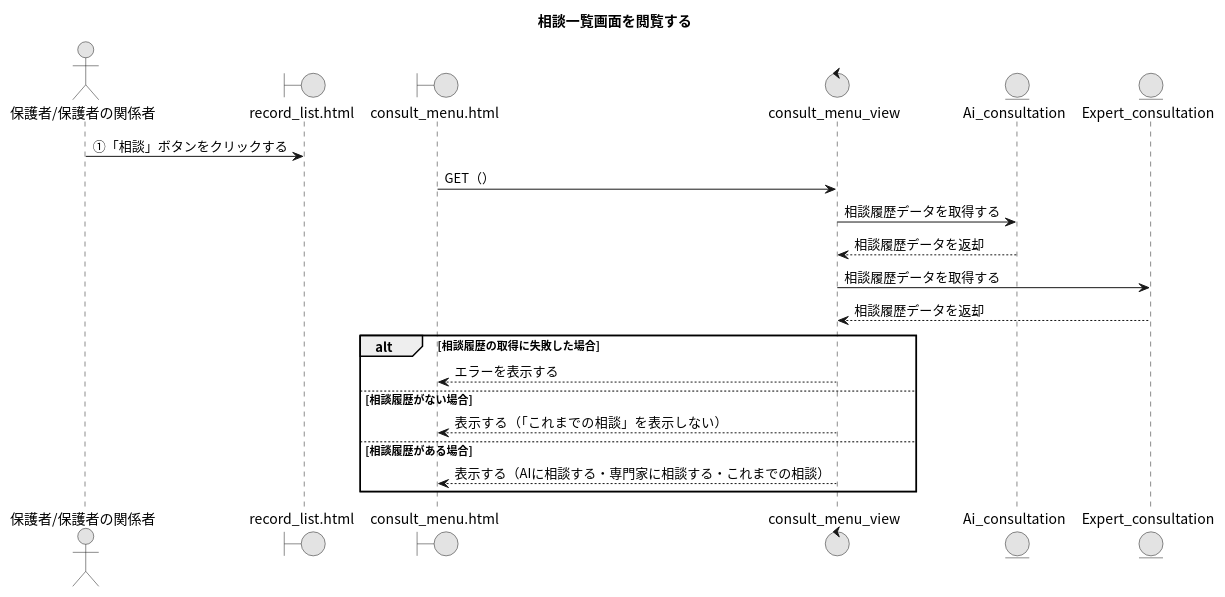
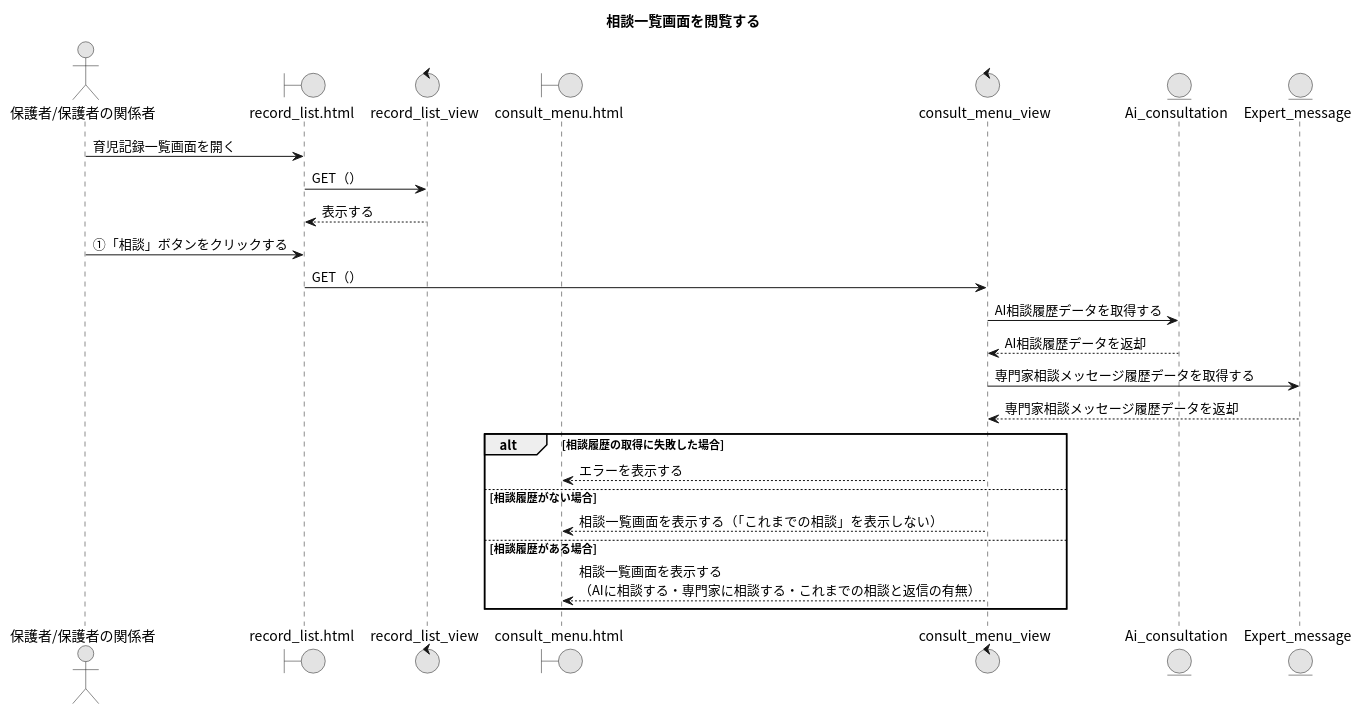
The diagram in 08_相談一覧画面を閲覧する.puml (Ma2naga190330/26_sotugyou_puml), drawn with PlantUML before and after one commit. The commit also changed 5 other files, not shown here.

```diff
--- a/08_相談一覧画面を閲覧する.puml
+++ b/08_相談一覧画面を閲覧する.puml
@@ -1,27 +1,39 @@
 @startuml
 title 相談一覧画面を閲覧する
 skinparam defaultFontName "Noto Sans CJK JP"
 skinparam monochrome true
 
 actor "保護者/保護者の関係者" as A
+' 育児記録一覧画面
 boundary "record_list.html" as RLP
+' 育児記録一覧（V）
+control "record_list_view" as RLV
+' 相談一覧画面
 boundary "consult_menu.html" as CMP
+' 相談一覧（V）
 control "consult_menu_view" as CMV
+' AI相談履歴（DB）
 entity "Ai_consultation" as ACSM
-entity "Expert_consultation" as ECSM
+' 専門家相談メッセージ履歴（DB）
+entity "Expert_message" as EMM
+
+' 最初の画面表示（育児記録一覧画面）
+A -> RLP : 育児記録一覧画面を開く
+RLP -> RLV : GET（）
+RLV --> RLP : 表示する
 
 A -> RLP : ①「相談」ボタンをクリックする
-CMP -> CMV : GET（）
-CMV -> ACSM : 相談履歴データを取得する
-CMV <-- ACSM : 相談履歴データを返却
-CMV -> ECSM : 相談履歴データを取得する
-CMV <-- ECSM : 相談履歴データを返却
+RLP -> CMV : GET（）
+CMV -> ACSM : AI相談履歴データを取得する
+CMV <-- ACSM : AI相談履歴データを返却
+CMV -> EMM : 専門家相談メッセージ履歴データを取得する
+CMV <-- EMM : 専門家相談メッセージ履歴データを返却
 
 alt 相談履歴の取得に失敗した場合
   CMV --> CMP : エラーを表示する
 else 相談履歴がない場合
-  CMV --> CMP : 表示する（「これまでの相談」を表示しない）
+  CMV --> CMP : 相談一覧画面を表示する（「これまでの相談」を表示しない）
 else 相談履歴がある場合
-  CMV --> CMP : 表示する（AIに相談する・専門家に相談する・これまでの相談）
+  CMV --> CMP : 相談一覧画面を表示する\n（AIに相談する・専門家に相談する・これまでの相談と返信の有無）
 end
 @enduml
```
